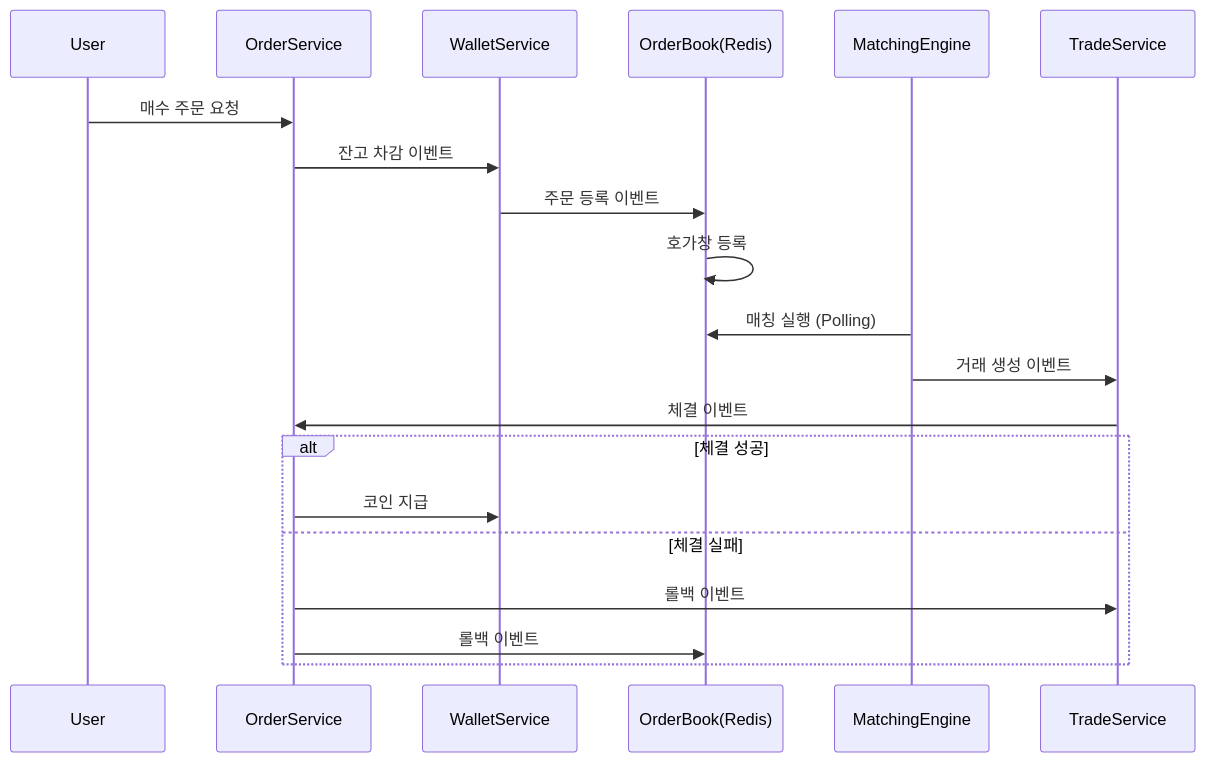
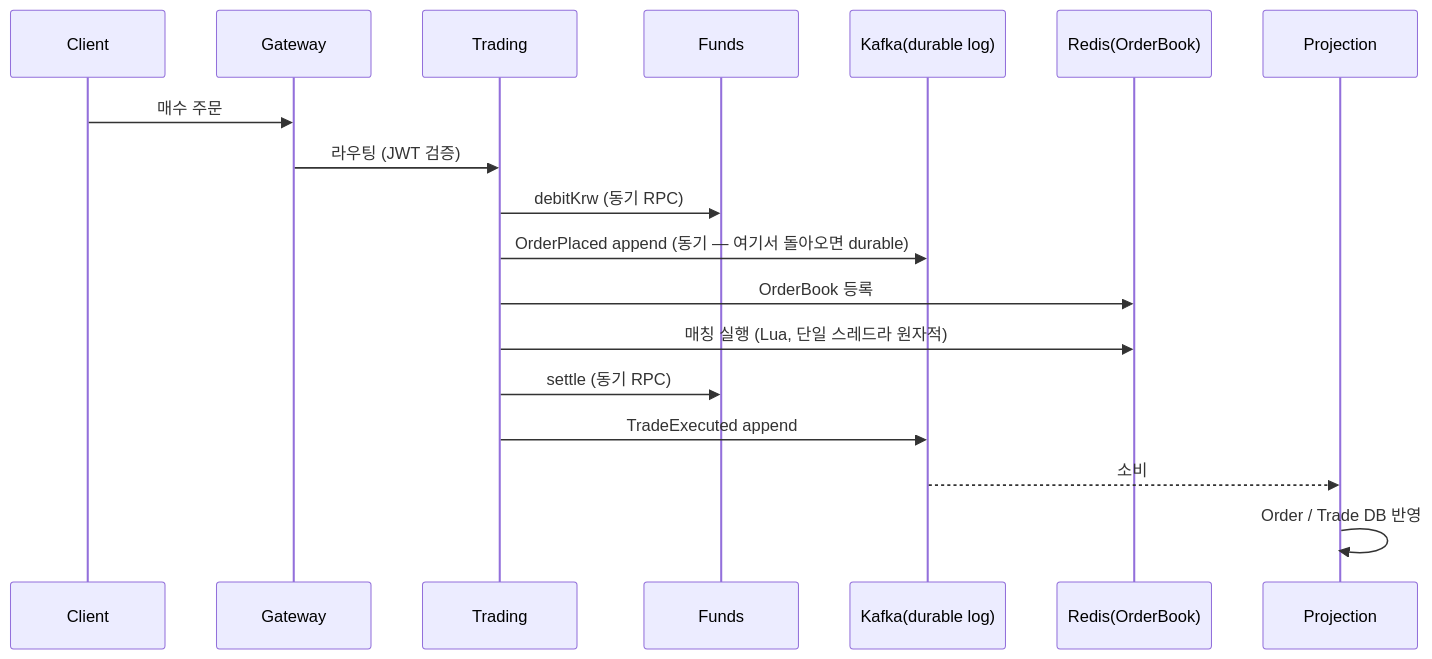
The diagram in README.md (dudxor4587/coin-exchange), drawn with Mermaid before and after one commit. The commit also changed other lines of this file and 1 other file, not shown here.

Commit message:
docs: 챕터 회고 — 계획(기술 도입 목록)이 측정 루프로 대체된 과정, Kafka·HPA 기각과 07~09 신설 정리 + README 현행화

````diff
--- a/README.md
+++ b/README.md
@@ -22,25 +22,21 @@
 ```mermaid
 sequenceDiagram
-    participant U as User
-    participant O as OrderService
-    participant W as WalletService
-    participant OB as OrderBook(Redis)
-    participant ME as MatchingEngine
-    participant T as TradeService
+    participant C as Client
+    participant G as Gateway
+    participant T as Trading
+    participant F as Funds
+    participant K as Kafka(durable log)
+    participant R as Redis(OrderBook)
+    participant P as Projection
 
-    U->>O: 매수 주문 요청
-    O->>W: 잔고 차감 이벤트
-    W->>OB: 주문 등록 이벤트
-    OB->>OB: 호가창 등록
-
-    ME->>OB: 매칭 실행 (Polling)
-    ME->>T: 거래 생성 이벤트
-    T->>O: 체결 이벤트
-
-    alt 체결 성공
-        O->>W: 코인 지급
-    else 체결 실패
-        O->>T: 롤백 이벤트
-        O->>OB: 롤백 이벤트
-    end
+    C->>G: 매수 주문
+    G->>T: 라우팅 (JWT 검증)
+    T->>F: debitKrw (동기 RPC)
+    T->>K: OrderPlaced append (동기 — 여기서 돌아오면 durable)
+    T->>R: OrderBook 등록
+    T->>R: 매칭 실행 (Lua, 단일 스레드라 원자적)
+    T->>F: settle (동기 RPC)
+    T->>K: TradeExecuted append
+    K-->>P: 소비
+    P->>P: Order / Trade DB 반영
 ```
````
